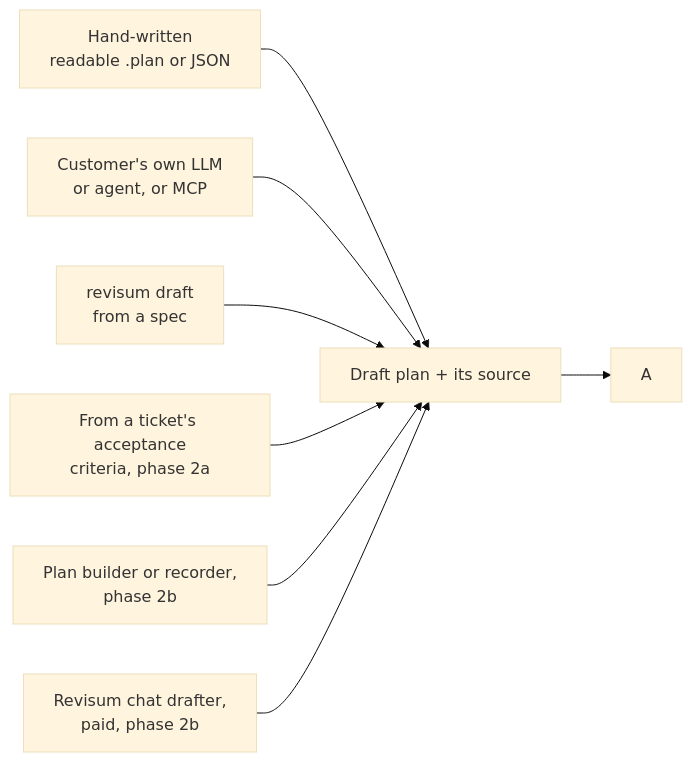
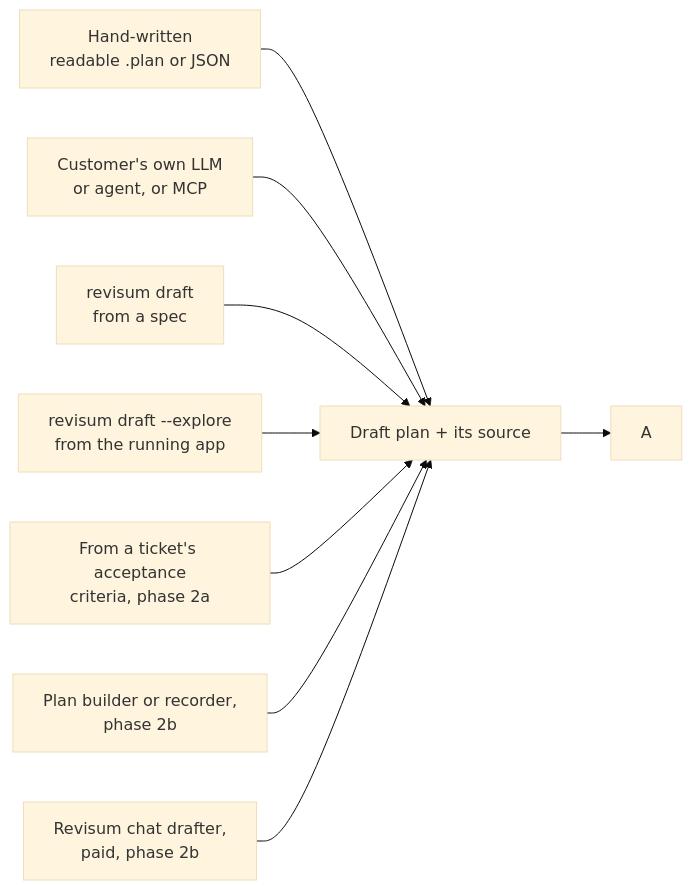
Before and after one commit to naovixen/revisum: the third of 5 diagrams in docs/system-design.md, drawn with Mermaid (base theme). The commit also changed other lines of this file and 6 other files, not shown here.

First line of the commit message:
Move drafting to M2 and add SPEC-37: explore the page to draft a plan

````diff
--- a/docs/system-design.md
+++ b/docs/system-design.md
@@ -126,10 +126,11 @@
 ```mermaid
 flowchart LR
   t1[Hand-written<br/>readable .plan or JSON] --> P
   t2[Customer's own LLM<br/>or agent, or MCP] --> P
   t3[revisum draft<br/>from a spec] --> P
+  t7[revisum draft --explore<br/>from the running app] --> P
   t4[From a ticket's acceptance<br/>criteria, phase 2a] --> P
   t5[Plan builder or recorder,<br/>phase 2b] --> P
   t6[Revisum chat drafter,<br/>paid, phase 2b] --> P
   P[Draft plan + its source] --> A
 ```
````
